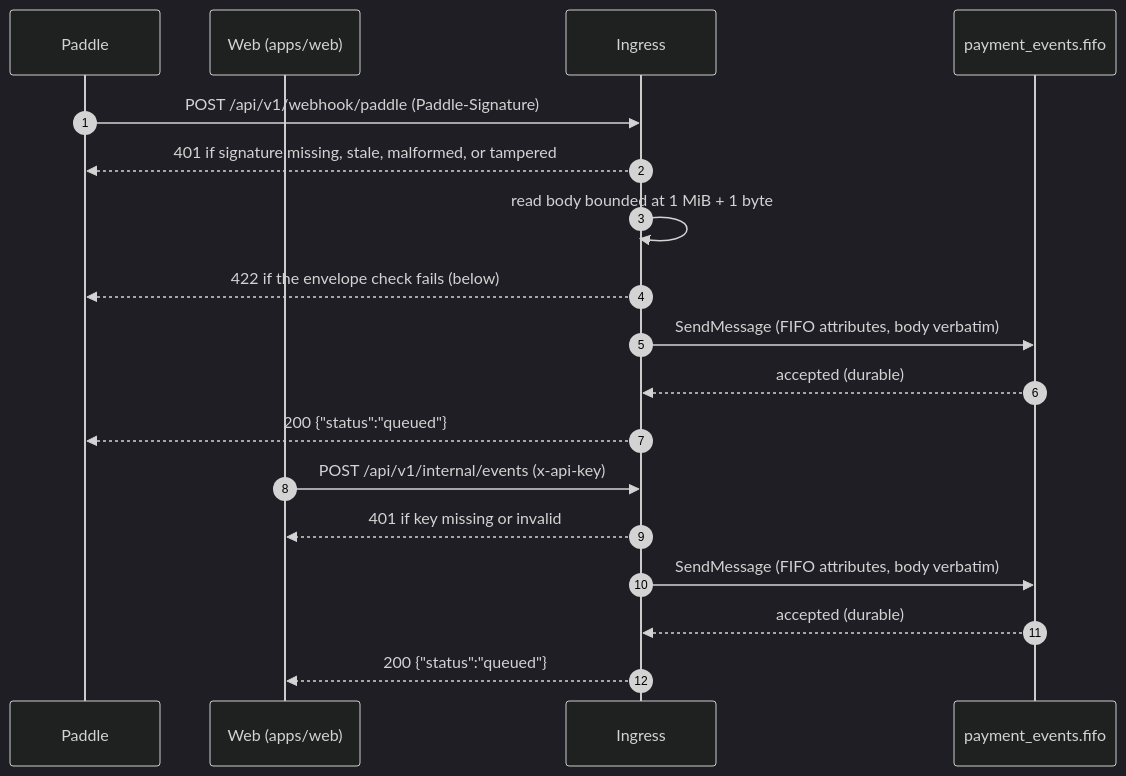
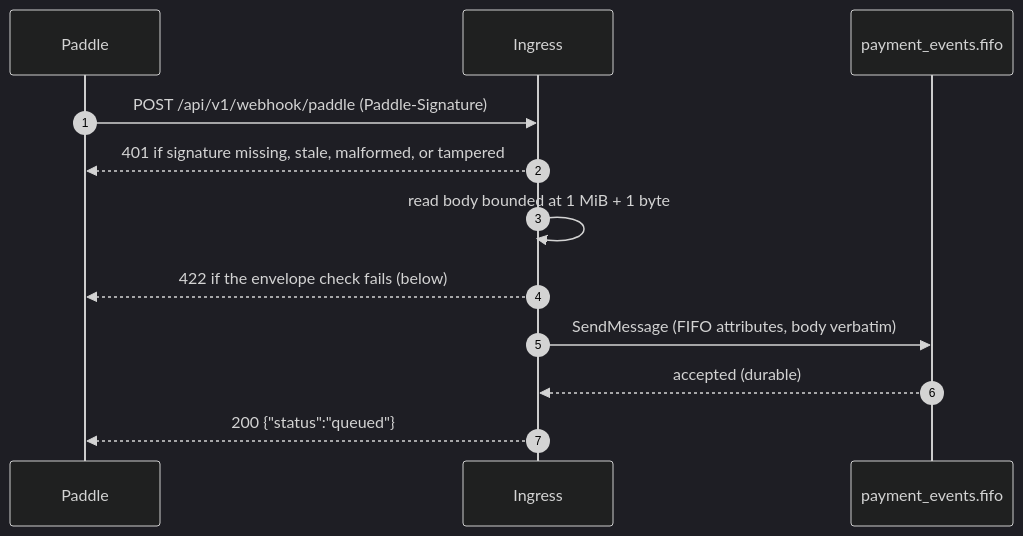
The diagram in services/payment-webhook/specification/http.md (kunalPisolkar24/detectAI), drawn with Mermaid (dark theme) before and after one commit. The commit also changed other lines of this file and 19 other files, not shown here.

````diff
--- a/services/payment-webhook/specification/http.md
+++ b/services/payment-webhook/specification/http.md
@@ -29,21 +28,15 @@
 ```mermaid
 sequenceDiagram
     autonumber
     participant P as Paddle
-    participant W as Web (apps/web)
     participant E as Ingress
     participant Q as payment_events.fifo
 
     P->>E: POST /api/v1/webhook/paddle (Paddle-Signature)
     E-->>P: 401 if signature missing, stale, malformed, or tampered
     E->>E: read body bounded at 1 MiB + 1 byte
     E-->>P: 422 if the envelope check fails (below)
     E->>Q: SendMessage (FIFO attributes, body verbatim)
     Q-->>E: accepted (durable)
     E-->>P: 200 {"status":"queued"}
-    W->>E: POST /api/v1/internal/events (x-api-key)
-    E-->>W: 401 if key missing or invalid
-    E->>Q: SendMessage (FIFO attributes, body verbatim)
-    Q-->>E: accepted (durable)
-    E-->>W: 200 {"status":"queued"}
 ```
````
